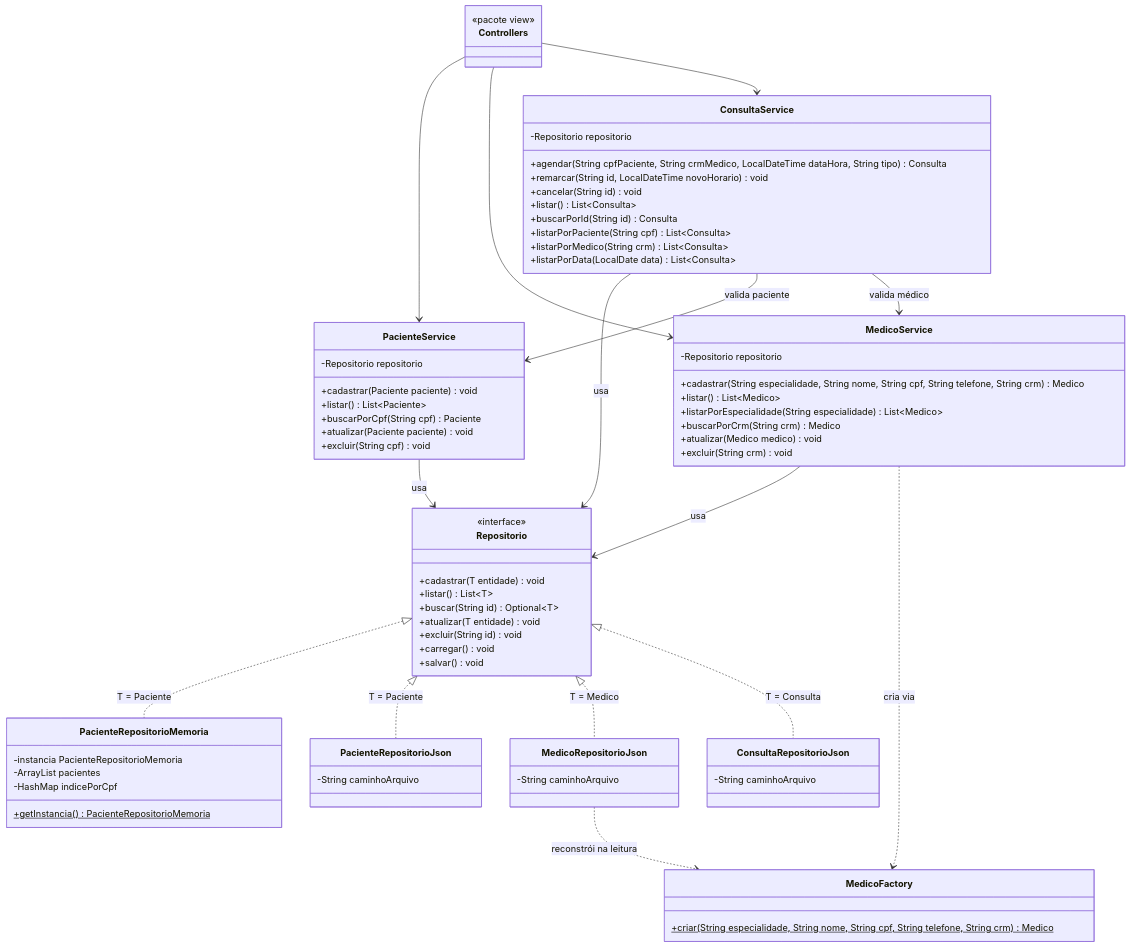
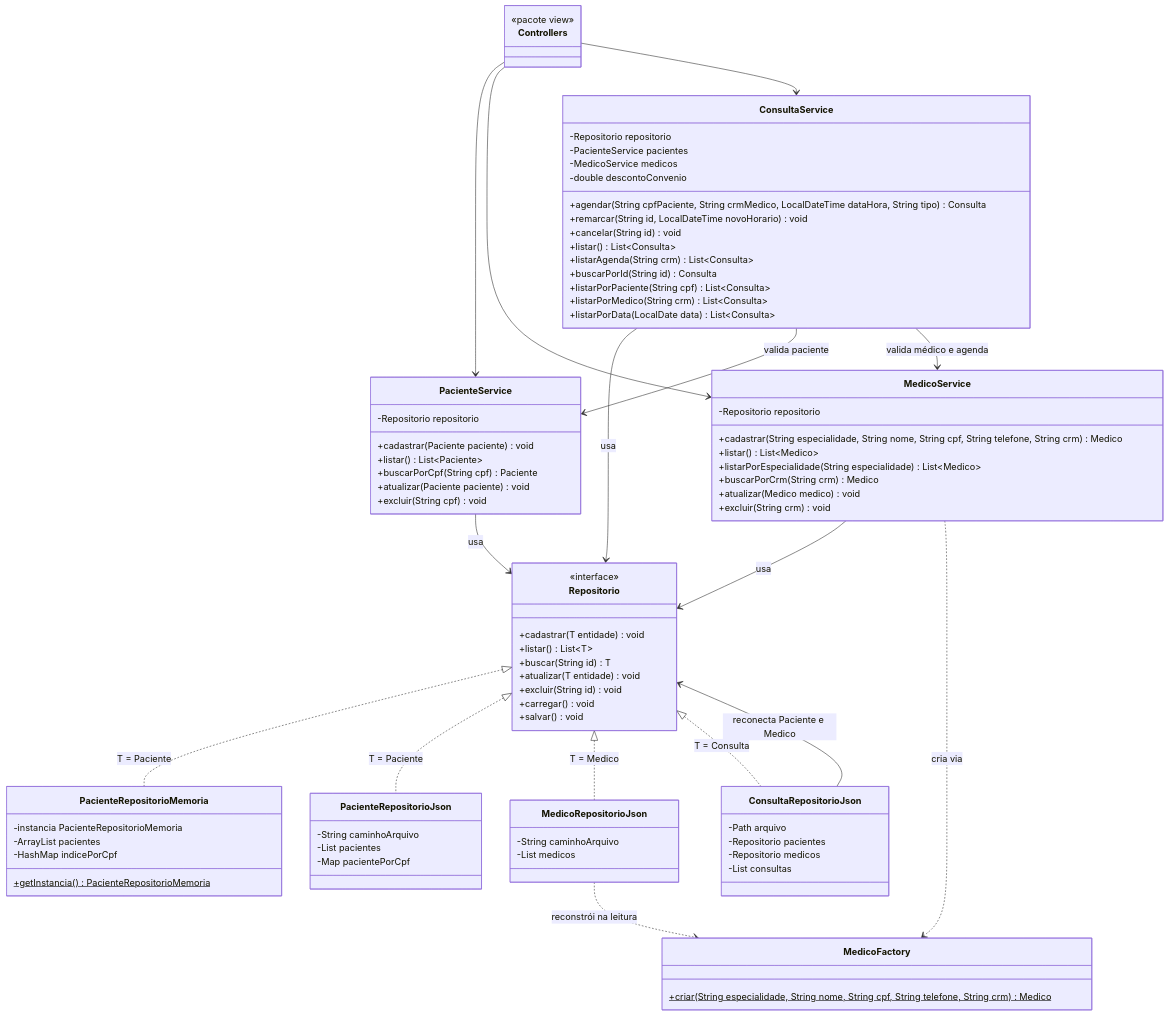
Before and after one commit to mfernanda2218/sistema-clinico: the second of 2 diagrams in README.md, drawn with Mermaid. The commit also changed other lines of this file, not shown here.

Commit message:
fix(docs): ajustar diagrama conforme tomada de decisões pendentes

```diff
--- a/README.md
+++ b/README.md
@@ -182,7 +185,7 @@
         <<interface>>
         +cadastrar(T entidade) void
         +listar() List~T~
-        +buscar(String id) Optional~T~
+        +buscar(String id) T
         +atualizar(T entidade) void
         +excluir(String id) void
         +carregar() void
@@ -198,14 +201,20 @@
  
     class PacienteRepositorioJson {
         -String caminhoArquivo
+        -List pacientes
+        -Map pacientePorCpf
     }
  
     class MedicoRepositorioJson {
         -String caminhoArquivo
+        -List medicos
     }
  
     class ConsultaRepositorioJson {
-        -String caminhoArquivo
+        -Path arquivo
+        -Repositorio pacientes
+        -Repositorio medicos
+        -List consultas
     }
  
     class PacienteService {
@@ -229,10 +238,14 @@
  
     class ConsultaService {
         -Repositorio repositorio
+        -PacienteService pacientes
+        -MedicoService medicos
+        -double descontoConvenio
         +agendar(String cpfPaciente, String crmMedico, LocalDateTime dataHora, String tipo) Consulta
         +remarcar(String id, LocalDateTime novoHorario) void
         +cancelar(String id) void
         +listar() List~Consulta~
+        +listarAgenda(String crm) List~Consulta~
         +buscarPorId(String id) Consulta
         +listarPorPaciente(String cpf) List~Consulta~
         +listarPorMedico(String crm) List~Consulta~
@@ -251,12 +264,14 @@
     Repositorio <|.. PacienteRepositorioJson : T = Paciente
     Repositorio <|.. MedicoRepositorioJson : T = Medico
     Repositorio <|.. ConsultaRepositorioJson : T = Consulta
+
+    ConsultaRepositorioJson --> Repositorio : reconecta Paciente e Medico
  
     PacienteService --> Repositorio : usa
     MedicoService --> Repositorio : usa
     ConsultaService --> Repositorio : usa
     ConsultaService --> PacienteService : valida paciente
-    ConsultaService --> MedicoService : valida médico
+    ConsultaService --> MedicoService : valida médico e agenda
  
     MedicoService ..> MedicoFactory : cria via
     MedicoRepositorioJson ..> MedicoFactory : reconstrói na leitura
```
